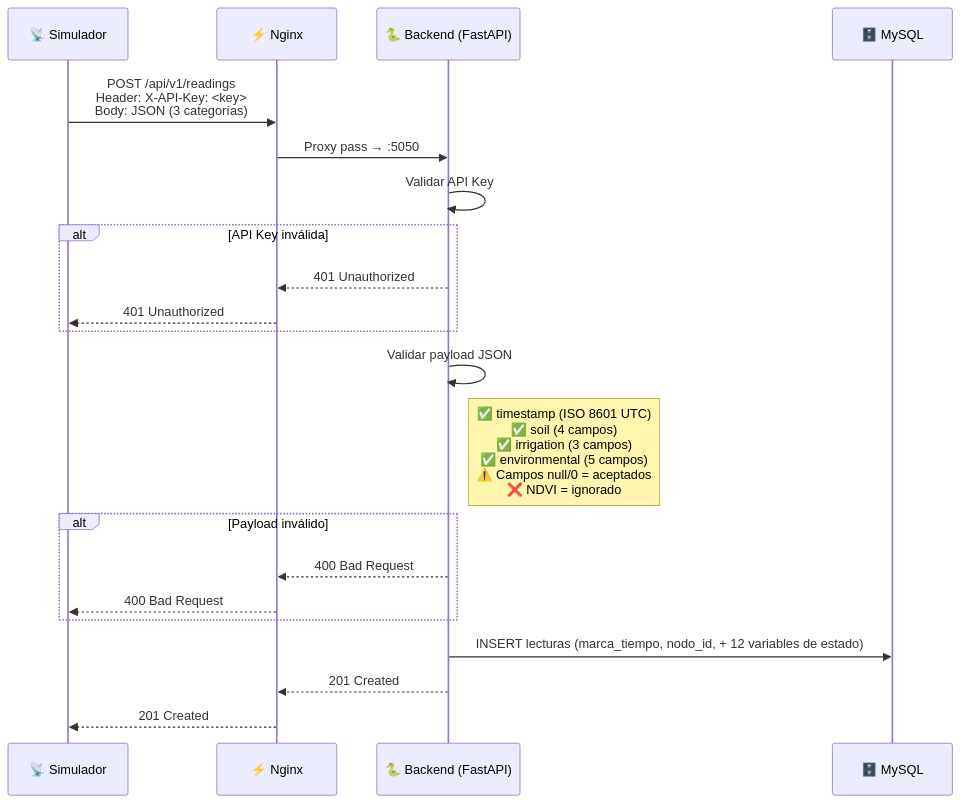
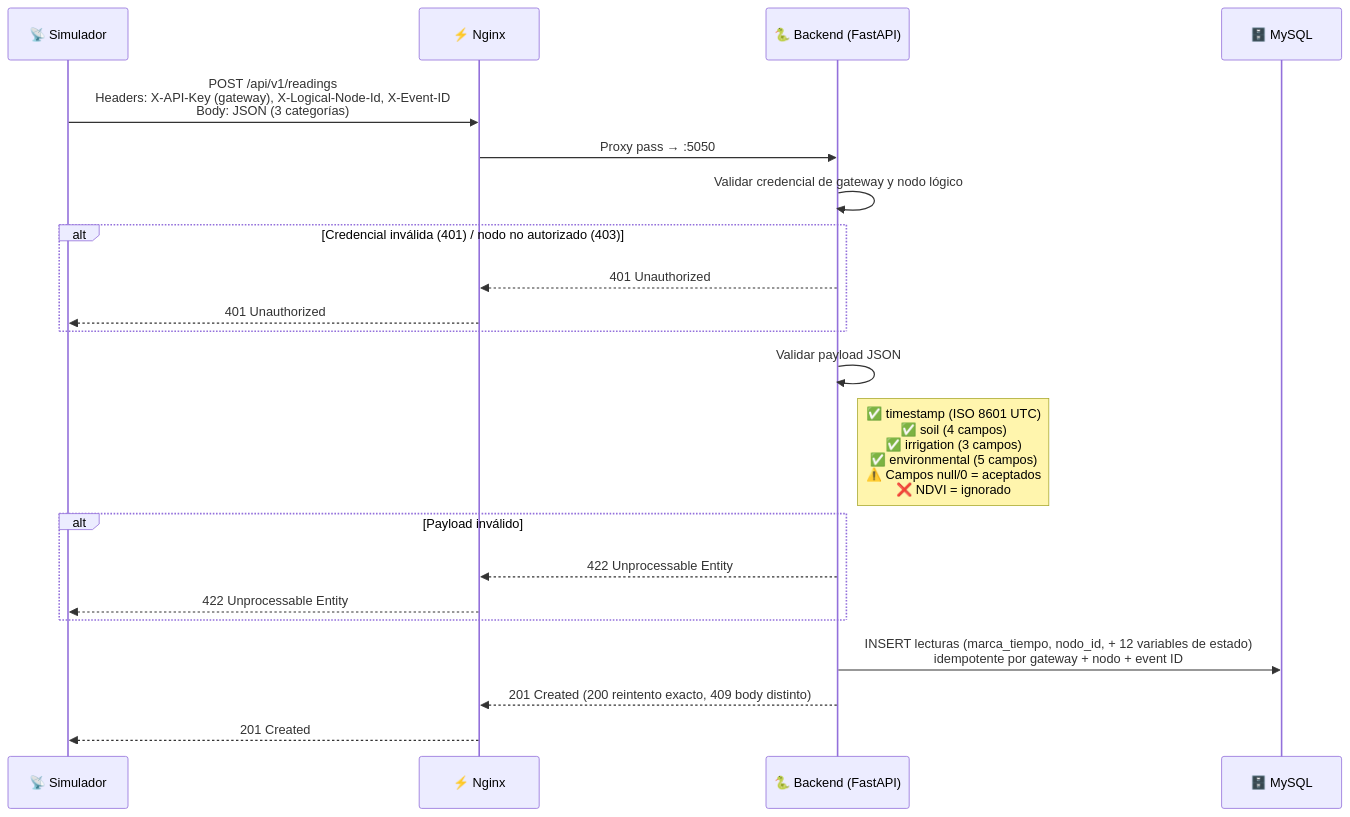
The second of 9 diagrams in docs/architecture/overview.md (Farm-Sensors/IoT_Sensors), drawn with Mermaid before and after one commit. The commit also changed other lines of this file and 22 other files, not shown here.

Commit message:
docs: align system docs, api, data model and openspec with the live gateway v2 flow

````diff
--- a/docs/architecture/overview.md
+++ b/docs/architecture/overview.md
@@ -96,28 +96,28 @@
 ```mermaid
 sequenceDiagram
     participant S as 📡 Simulador
     participant N as ⚡ Nginx
     participant B as 🐍 Backend (FastAPI)
     participant DB as 🗄️ MySQL
 
-    S->>N: POST /api/v1/readings<br/>Header: X-API-Key: <key><br/>Body: JSON (3 categorías)
+    S->>N: POST /api/v1/readings<br/>Headers: X-API-Key (gateway), X-Logical-Node-Id, X-Event-ID<br/>Body: JSON (3 categorías)
     N->>B: Proxy pass → :5050
 
-    B->>B: Validar API Key
-    alt API Key inválida
+    B->>B: Validar credencial de gateway y nodo lógico
+    alt Credencial inválida (401) / nodo no autorizado (403)
         B-->>N: 401 Unauthorized
         N-->>S: 401 Unauthorized
     end
 
     B->>B: Validar payload JSON
     Note right of B: ✅ timestamp (ISO 8601 UTC)<br/>✅ soil (4 campos)<br/>✅ irrigation (3 campos)<br/>✅ environmental (5 campos)<br/>⚠️ Campos null/0 = aceptados<br/>❌ NDVI = ignorado
 
     alt Payload inválido
-        B-->>N: 400 Bad Request
-        N-->>S: 400 Bad Request
+        B-->>N: 422 Unprocessable Entity
+        N-->>S: 422 Unprocessable Entity
     end
 
-    B->>DB: INSERT lecturas (marca_tiempo, nodo_id, + 12 variables de estado)
-    B-->>N: 201 Created
+    B->>DB: INSERT lecturas (marca_tiempo, nodo_id, + 12 variables de estado)<br/>idempotente por gateway + nodo + event ID
+    B-->>N: 201 Created (200 reintento exacto, 409 body distinto)
     N-->>S: 201 Created
 ```
````
